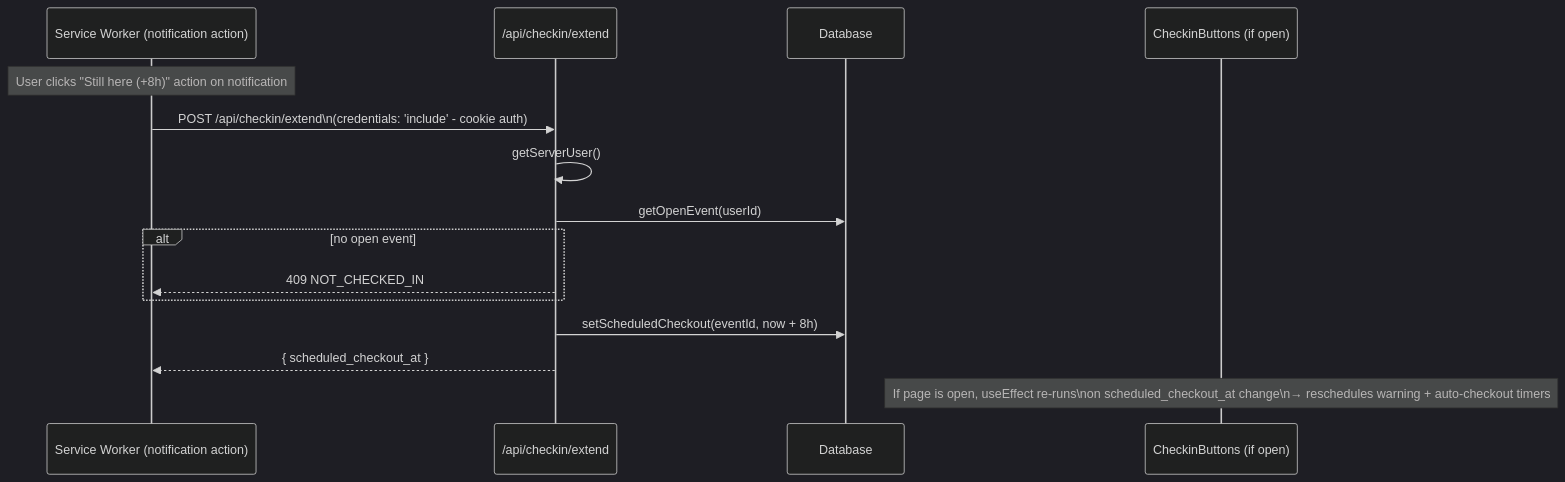
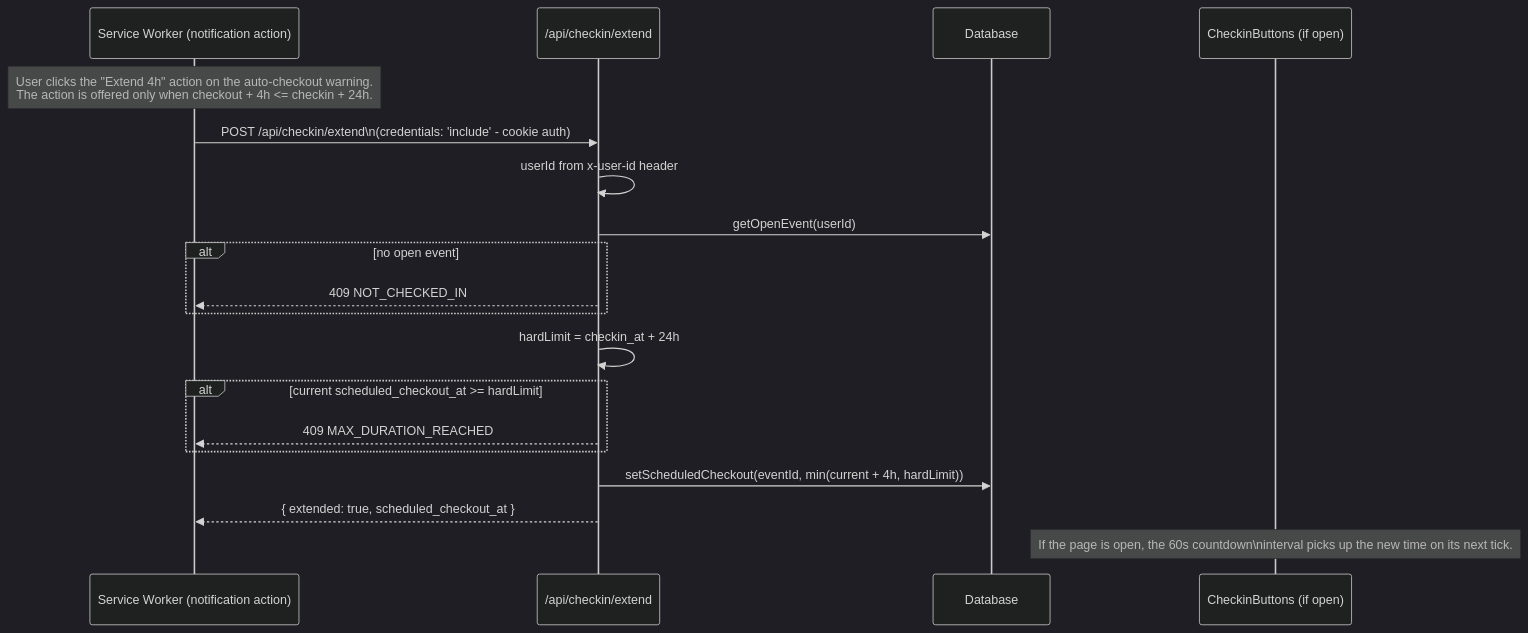
Before and after one commit to ksharma20/checkmark: the fifth of 6 diagrams in docs/architecture/checkin-flow.md, drawn with Mermaid (dark theme). The commit also changed other lines of this file and 296 other files, not shown here.

````diff
--- a/docs/architecture/checkin-flow.md
+++ b/docs/architecture/checkin-flow.md
@@ -145,19 +157,23 @@
 ```mermaid
 sequenceDiagram
   participant SW as Service Worker (notification action)
   participant API as /api/checkin/extend
   participant DB as Database
   participant Client as CheckinButtons (if open)
 
-  Note over SW: User clicks "Still here (+8h)" action on notification
+  Note over SW: User clicks the "Extend 4h" action on the auto-checkout warning.<br/>The action is offered only when checkout + 4h <= checkin + 24h.
   SW->>API: POST /api/checkin/extend\n(credentials: 'include' - cookie auth)
-  API->>API: getServerUser()
+  API->>API: userId from x-user-id header
   API->>DB: getOpenEvent(userId)
   alt no open event
     API-->>SW: 409 NOT_CHECKED_IN
   end
-  API->>DB: setScheduledCheckout(eventId, now + 8h)
-  API-->>SW: { scheduled_checkout_at }
+  API->>API: hardLimit = checkin_at + 24h
+  alt current scheduled_checkout_at >= hardLimit
+    API-->>SW: 409 MAX_DURATION_REACHED
+  end
+  API->>DB: setScheduledCheckout(eventId, min(current + 4h, hardLimit))
+  API-->>SW: { extended: true, scheduled_checkout_at }
 
-  Note over Client: If page is open, useEffect re-runs\non scheduled_checkout_at change\n→ reschedules warning + auto-checkout timers
+  Note over Client: If the page is open, the 60s countdown\ninterval picks up the new time on its next tick.
 ```
````
